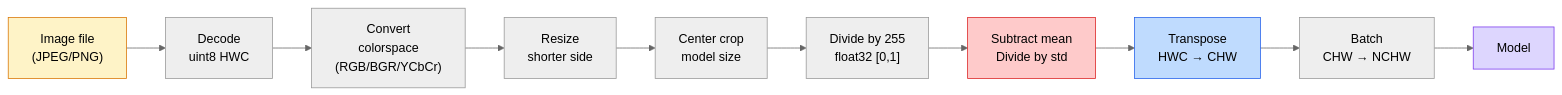
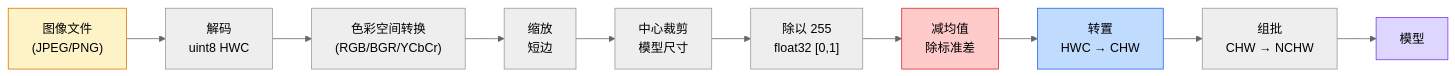
The first of 2 diagrams in phases/04-computer-vision/01-image-fundamentals/docs/zh.md (ZhimingXUXJTU/ai-engineering-from-scratch), drawn with Mermaid (neutral theme) before and after one commit. The commit also changed other lines of this file and 58 other files, not shown here.

````diff
--- a/phases/04-computer-vision/01-image-fundamentals/docs/zh.md
+++ b/phases/04-computer-vision/01-image-fundamentals/docs/zh.md
@@ -45,17 +37,17 @@
 ```mermaid
 flowchart LR
-    A["Image file<br/>(JPEG/PNG)"] --> B["Decode<br/>uint8 HWC"]
-    B --> C["Convert<br/>colorspace<br/>(RGB/BGR/YCbCr)"]
-    C --> D["Resize<br/>shorter side"]
-    D --> E["Center crop<br/>model size"]
-    E --> F["Divide by 255<br/>float32 [0,1]"]
-    F --> G["Subtract mean<br/>Divide by std"]
-    G --> H["Transpose<br/>HWC → CHW"]
-    H --> I["Batch<br/>CHW → NCHW"]
-    I --> J["Model"]
+    A["图像文件<br/>(JPEG/PNG)"] --> B["解码<br/>uint8 HWC"]
+    B --> C["色彩空间转换<br/>(RGB/BGR/YCbCr)"]
+    C --> D["缩放<br/>短边"]
+    D --> E["中心裁剪<br/>模型尺寸"]
+    E --> F["除以 255<br/>float32 [0,1]"]
+    F --> G["减均值<br/>除标准差"]
+    G --> H["转置<br/>HWC → CHW"]
+    H --> I["组批<br/>CHW → NCHW"]
+    I --> J["模型"]
 
     style A fill:#fef3c7,stroke:#d97706
     style J fill:#ddd6fe,stroke:#7c3aed
     style G fill:#fecaca,stroke:#dc2626
     style H fill:#bfdbfe,stroke:#2563eb
 ```
````
